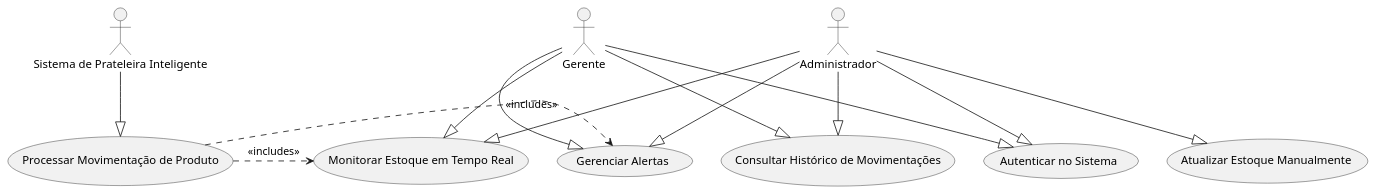
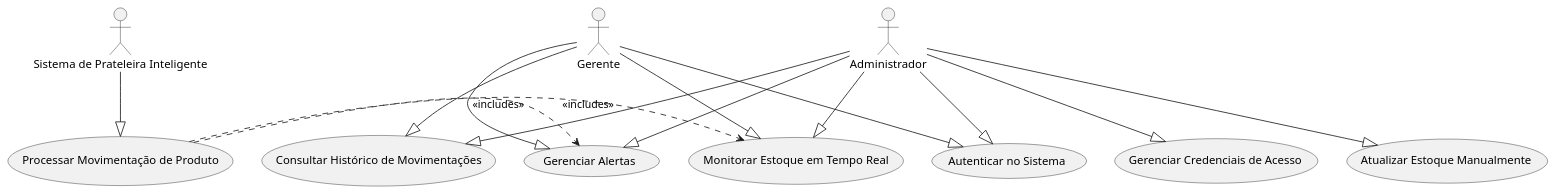
Before and after one commit to Harthuz/TCC-RFID: the diagram in docs/UMLs/Casos de Uso/Caso de Uso Simplificado/casos de uso simplificado.puml, drawn with PlantUML. The commit also changed 6 other files, not shown here.

```diff
--- a/docs/UMLs/Casos de Uso/Caso de Uso Simplificado/casos de uso simplificado.puml
+++ b/docs/UMLs/Casos de Uso/Caso de Uso Simplificado/casos de uso simplificado.puml
@@ -1,32 +1,34 @@
 @startuml
 ' ==== Atores ====
 actor "Gerente" as Gerente
 actor "Administrador" as Admin
 actor "Sistema de Prateleira Inteligente" as SPI
 
 ' ==== Casos de Uso (Simplificados) ====
 usecase "Monitorar Estoque em Tempo Real" as MonitorarEstoque
 usecase "Gerenciar Alertas" as GerenciarAlertas
 usecase "Consultar Histórico de Movimentações" as ConsultarHistorico
 usecase "Atualizar Estoque Manualmente" as AtualizarEstoque
 usecase "Autenticar no Sistema" as Autenticar
 usecase "Processar Movimentação de Produto" as ProcessarMovimentacao
+usecase "Gerenciar Credenciais de Acesso" as GerenciarCredenciais
 
 ' ==== Relações ====
 Gerente --|> Autenticar
 Admin --|> Autenticar
 
 Gerente --|> MonitorarEstoque
 Gerente --|> GerenciarAlertas
 Gerente --|> ConsultarHistorico
 
 Admin --|> MonitorarEstoque
 Admin --|> GerenciarAlertas
 Admin --|> ConsultarHistorico
 Admin --|> AtualizarEstoque
+Admin --|> GerenciarCredenciais
 
 SPI --|> ProcessarMovimentacao
 ProcessarMovimentacao .> MonitorarEstoque : <<includes>>
 ProcessarMovimentacao .> GerenciarAlertas : <<includes>>
 
 @enduml
```
